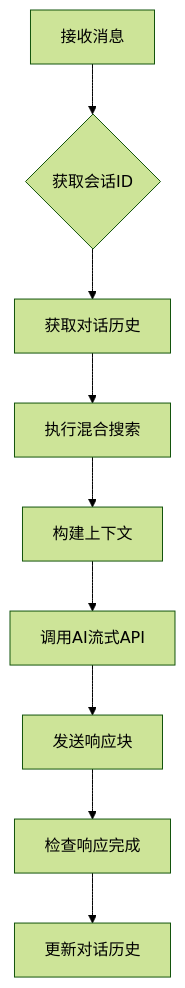
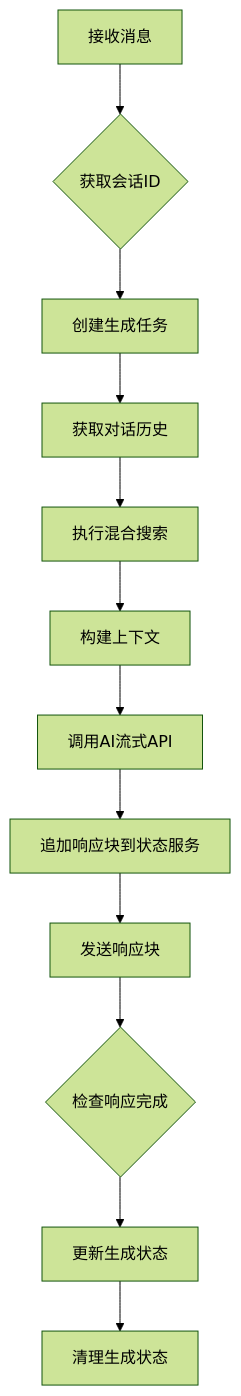
One commit to xuytwinter/PaiSmart changed the third of 8 diagrams in .qoder/repowiki/zh/content/API参考/聊天API/WebSocket聊天API.md. Above: the diagram before and after it, drawn with Mermaid (forest theme). The commit also changed other lines of this file and 12 other files, not shown here.

````diff
--- a/.qoder/repowiki/zh/content/API参考/聊天API/WebSocket聊天API.md
+++ b/.qoder/repowiki/zh/content/API参考/聊天API/WebSocket聊天API.md
@@ -129,11 +192,14 @@
 ```mermaid
 flowchart TD
 A[接收消息] --> B{获取会话ID}
-B --> C[获取对话历史]
-C --> D[执行混合搜索]
-D --> E[构建上下文]
-E --> F[调用AI流式API]
-F --> G[发送响应块]
-G --> H[检查响应完成]
-H --> I[更新对话历史]
+B --> C[创建生成任务]
+C --> D[获取对话历史]
+D --> E[执行混合搜索]
+E --> F[构建上下文]
+F --> G[调用AI流式API]
+G --> H[追加响应块到状态服务]
+H --> I[发送响应块]
+I --> J{检查响应完成}
+J --> K[更新生成状态]
+K --> L[清理生成状态]
 ```
````
